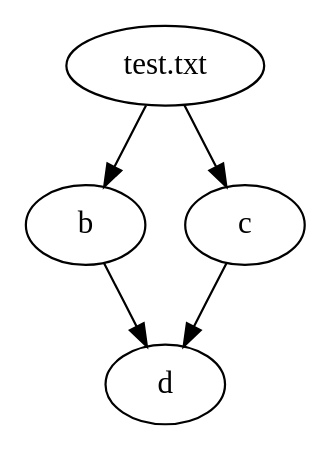
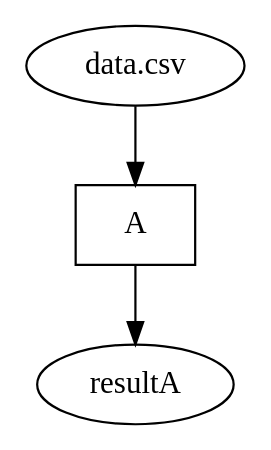
Before and after one commit to flange/drift-dev: the diagram in gui/drift/02-websocket_dot/example.dot, drawn with Graphviz. The commit also changed 8 other files, not shown here.

```diff
--- a/gui/drift/02-websocket_dot/example.dot
+++ b/gui/drift/02-websocket_dot/example.dot
@@ -1,11 +1,8 @@
 digraph {
-  "test.txt" [shape="ellipse" description="Import"];
-  b [shape="ellipse" description="Cat test.txt"];
-  c [shape="ellipse" description="c"];
-  d [shape="ellipse" description="d"];
+  "data.csv" [shape="ellipse" description="Import"];
+  A [shape="rect" description="A data.csv"];
+  resultA [shape="ellipse" description="A data.csv"];
 
-  "test.txt" -> b [lineInterpolate="basis"];
-  "test.txt" -> c [lineInterpolate="basis"];
-  b -> d [lineInterpolate="basis"];
-  c -> d [lineInterpolate="basis"];
+  "data.csv" -> A [lineInterpolate="basis"];
+  A -> resultA [lineInterpolate="basis"];
 }
```
